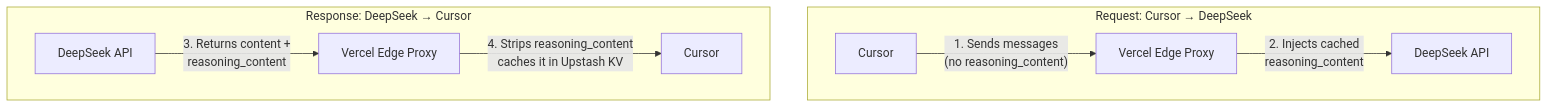
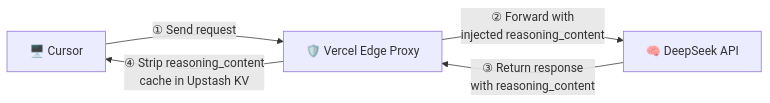
The first of 2 diagrams in README.md (lqdflying/cursorProxy), drawn with Mermaid before and after one commit. The commit also changed other lines of this file, not shown here.

Commit message:
docs: simplify Mermaid diagrams for better readability

````diff
--- a/README.md
+++ b/README.md
@@ -52,14 +52,7 @@
 ```mermaid
-flowchart TB
-    subgraph Request["Request: Cursor → DeepSeek"]
-        direction LR
-        C1[Cursor] -->|"1. Sends messages<br/>(no reasoning_content)"| V1[Vercel Edge Proxy]
-        V1 -->|"2. Injects cached<br/>reasoning_content"| D1[DeepSeek API]
-    end
-
-    subgraph Response["Response: DeepSeek → Cursor"]
-        direction LR
-        D2[DeepSeek API] -->|"3. Returns content +<br/>reasoning_content"| V2[Vercel Edge Proxy]
-        V2 -->|"4. Strips reasoning_content<br/>caches it in Upstash KV"| C2[Cursor]
-    end
+flowchart LR
+    Cursor["🖥️ Cursor"] -->|"① Send request"| Proxy["🛡️ Vercel Edge Proxy"]
+    Proxy -->|"② Forward with<br/>injected reasoning_content"| DeepSeek["🧠 DeepSeek API"]
+    DeepSeek -->|"③ Return response<br/>with reasoning_content"| Proxy
+    Proxy -->|"④ Strip reasoning_content<br/>cache in Upstash KV"| Cursor
 ```
````
